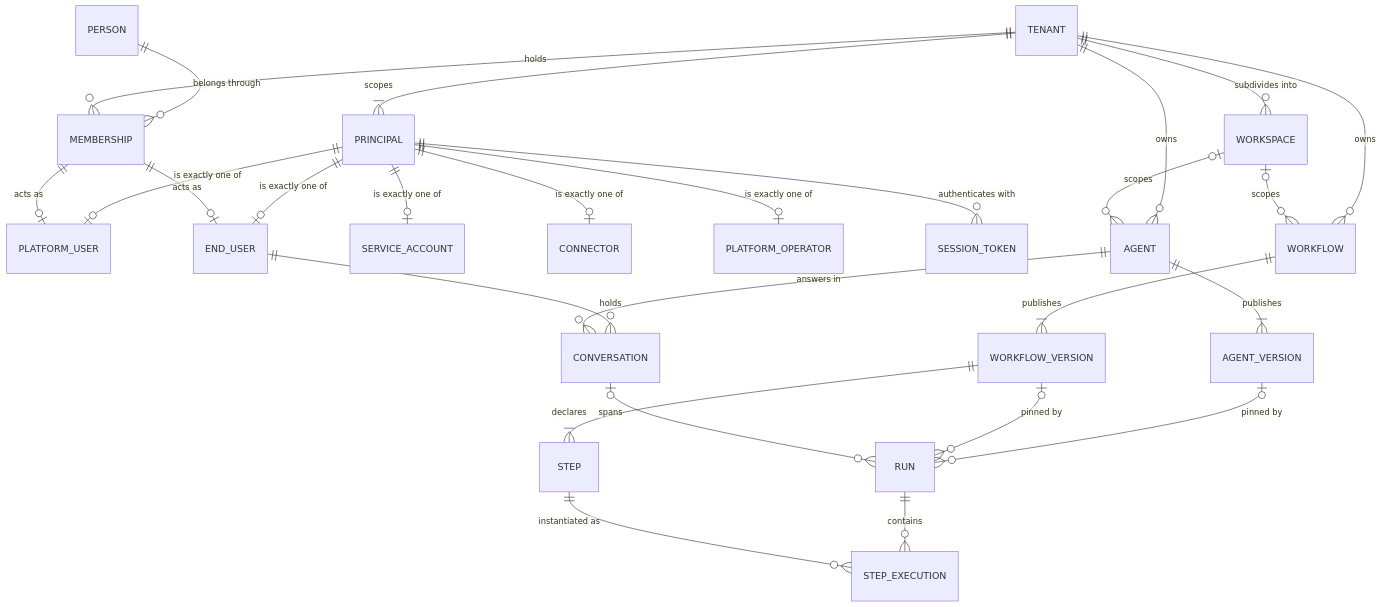
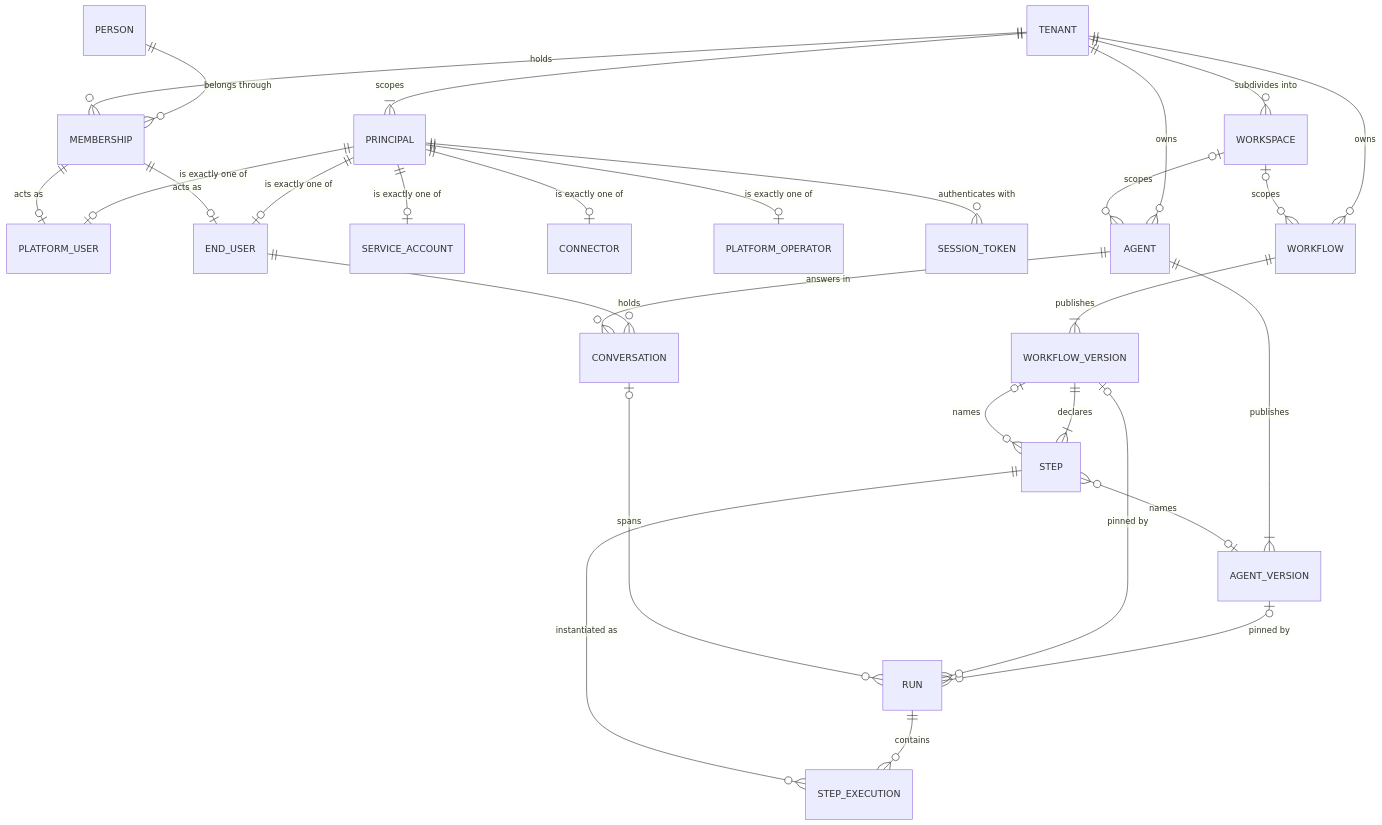
Before and after one commit to ayesigapaul/orchestra: the first of 2 diagrams in docs/20-domain/domain-model.md, drawn with Mermaid. The commit also changed other lines of this file and 56 other files, not shown here.

````diff
--- a/docs/20-domain/domain-model.md
+++ b/docs/20-domain/domain-model.md
@@ -168,29 +176,31 @@
 ```mermaid
 erDiagram
   TENANT ||--o{ WORKSPACE : "subdivides into"
   TENANT ||--|{ PRINCIPAL : "scopes"
   PRINCIPAL ||--o| PLATFORM_USER : "is exactly one of"
   PRINCIPAL ||--o| END_USER : "is exactly one of"
   PRINCIPAL ||--o| SERVICE_ACCOUNT : "is exactly one of"
   PRINCIPAL ||--o| CONNECTOR : "is exactly one of"
   PRINCIPAL ||--o| PLATFORM_OPERATOR : "is exactly one of"
   PRINCIPAL ||--o{ SESSION_TOKEN : "authenticates with"
   PERSON ||--o{ MEMBERSHIP : "belongs through"
   TENANT ||--o{ MEMBERSHIP : "holds"
   MEMBERSHIP ||--o| PLATFORM_USER : "acts as"
   MEMBERSHIP ||--o| END_USER : "acts as"
   TENANT ||--o{ AGENT : "owns"
   TENANT ||--o{ WORKFLOW : "owns"
   WORKSPACE |o--o{ AGENT : "scopes"
   WORKSPACE |o--o{ WORKFLOW : "scopes"
   AGENT ||--|{ AGENT_VERSION : "publishes"
   WORKFLOW ||--|{ WORKFLOW_VERSION : "publishes"
   WORKFLOW_VERSION ||--|{ STEP : "declares"
+  STEP }o--o| AGENT_VERSION : "names"
+  STEP }o--o| WORKFLOW_VERSION : "names"
   AGENT_VERSION |o--o{ RUN : "pinned by"
   WORKFLOW_VERSION |o--o{ RUN : "pinned by"
   RUN ||--o{ STEP_EXECUTION : "contains"
   STEP ||--o{ STEP_EXECUTION : "instantiated as"
   CONVERSATION |o--o{ RUN : "spans"
   END_USER ||--o{ CONVERSATION : "holds"
   AGENT ||--o{ CONVERSATION : "answers in"
 ```
````
